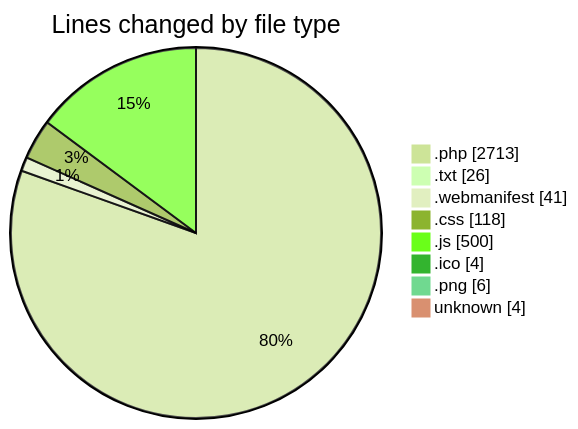
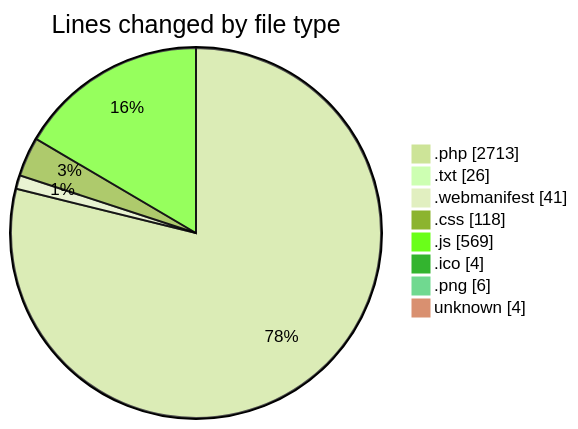
The first of 2 diagrams in 2025-08-20/quytuthien_vn/README.md (lephambinh05/code-tracking), drawn with Mermaid (forest theme) before and after one commit. The commit also changed other lines of this file and 1 other file, not shown here.

````diff
--- a/2025-08-20/quytuthien_vn/README.md
+++ b/2025-08-20/quytuthien_vn/README.md
@@ -84,12 +84,12 @@
 ```mermaid
 pie showData
 title Lines changed by file type
 ".php" : 2713
 ".txt" : 26
 ".webmanifest" : 41
 ".css" : 118
-".js" : 500
+".js" : 569
 ".ico" : 4
 ".png" : 6
 "unknown" : 4
 ```
````
